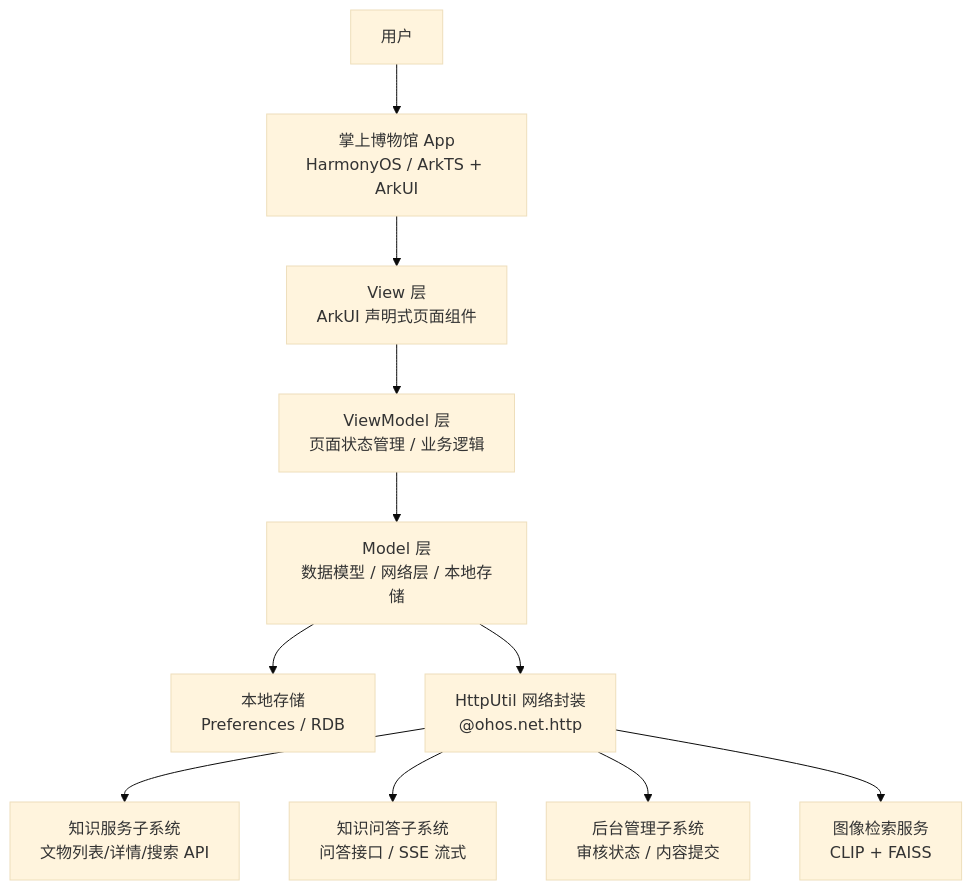
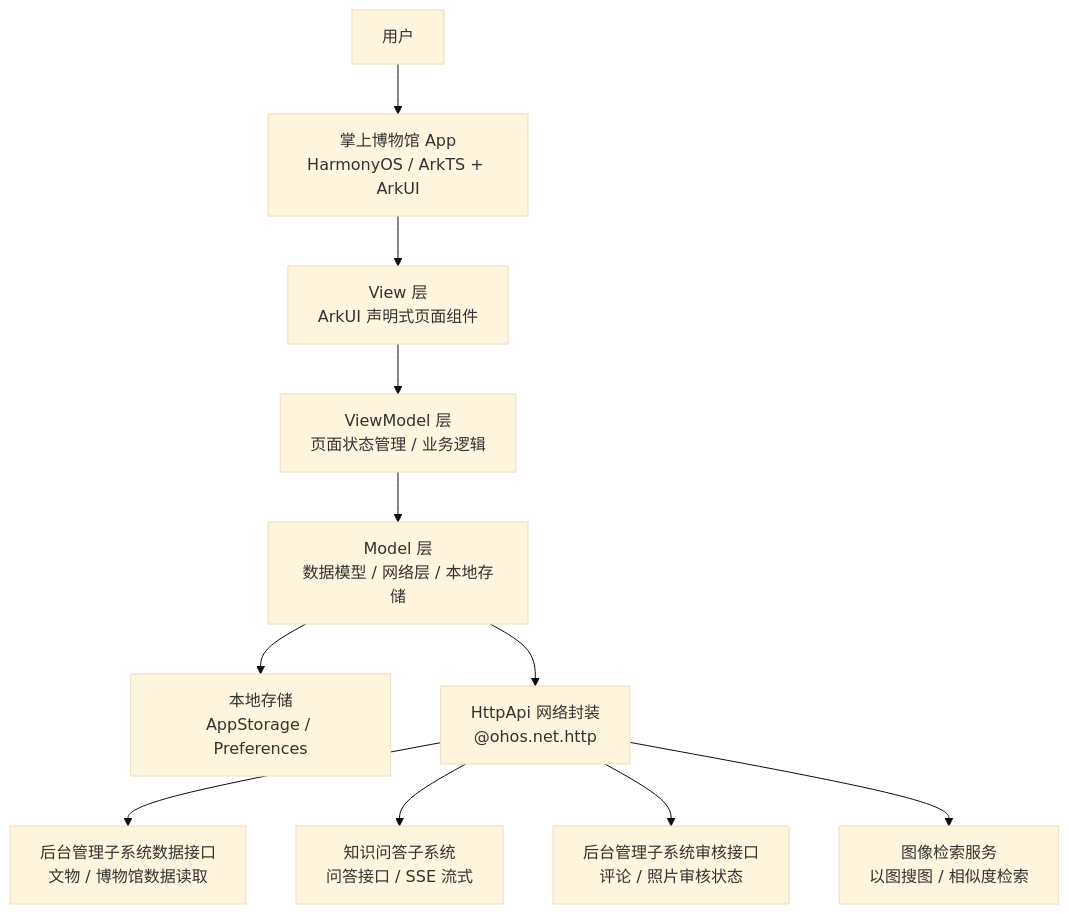
One commit to BUCT-CS2301/PalmMuseum changed the first of 9 diagrams in Doc/设计文档.md. Above: the diagram before and after it, drawn with Mermaid (base theme). The commit also changed other lines of this file, not shown here.

````diff
--- a/Doc/设计文档.md
+++ b/Doc/设计文档.md
@@ -62,18 +72,16 @@
 ```mermaid
 flowchart TB
-    User[用户] --> App[掌上博物馆 App<br/>HarmonyOS / ArkTS + ArkUI]
+    User["用户"] --> App["掌上博物馆 App<br/>HarmonyOS / ArkTS + ArkUI"]
 
-    App --> View[View 层<br/>ArkUI 声明式页面组件]
-    
-    View --> VM[ViewModel 层<br/>页面状态管理 / 业务逻辑]
-    
-    VM --> Model[Model 层<br/>数据模型 / 网络层 / 本地存储]
+    App --> View["View 层<br/>ArkUI 声明式页面组件"]
+    View --> VM["ViewModel 层<br/>页面状态管理 / 业务逻辑"]
+    VM --> Model["Model 层<br/>数据模型 / 网络层 / 本地存储"]
 
-    Model --> LocalStore[本地存储<br/>Preferences / RDB]
-    Model --> HttpUtil[HttpUtil 网络封装<br/>@ohos.net.http]
+    Model --> LocalStore["本地存储<br/>AppStorage / Preferences"]
+    Model --> HttpApi["HttpApi 网络封装<br/>@ohos.net.http"]
 
-    HttpUtil --> KnowledgeAPI[知识服务子系统<br/>文物列表/详情/搜索 API]
-    HttpUtil --> QA_API[知识问答子系统<br/>问答接口 / SSE 流式]
-    HttpUtil --> AdminAPI[后台管理子系统<br/>审核状态 / 内容提交]
-    HttpUtil --> ImageAPI[图像检索服务<br/>CLIP + FAISS]
+    HttpApi --> AdminDataAPI["后台管理子系统数据接口<br/>文物 / 博物馆数据读取"]
+    HttpApi --> QAAPI["知识问答子系统<br/>问答接口 / SSE 流式"]
+    HttpApi --> AuditAPI["后台管理子系统审核接口<br/>评论 / 照片审核状态"]
+    HttpApi --> ImageAPI["图像检索服务<br/>以图搜图 / 相似度检索"]
 ```
````
